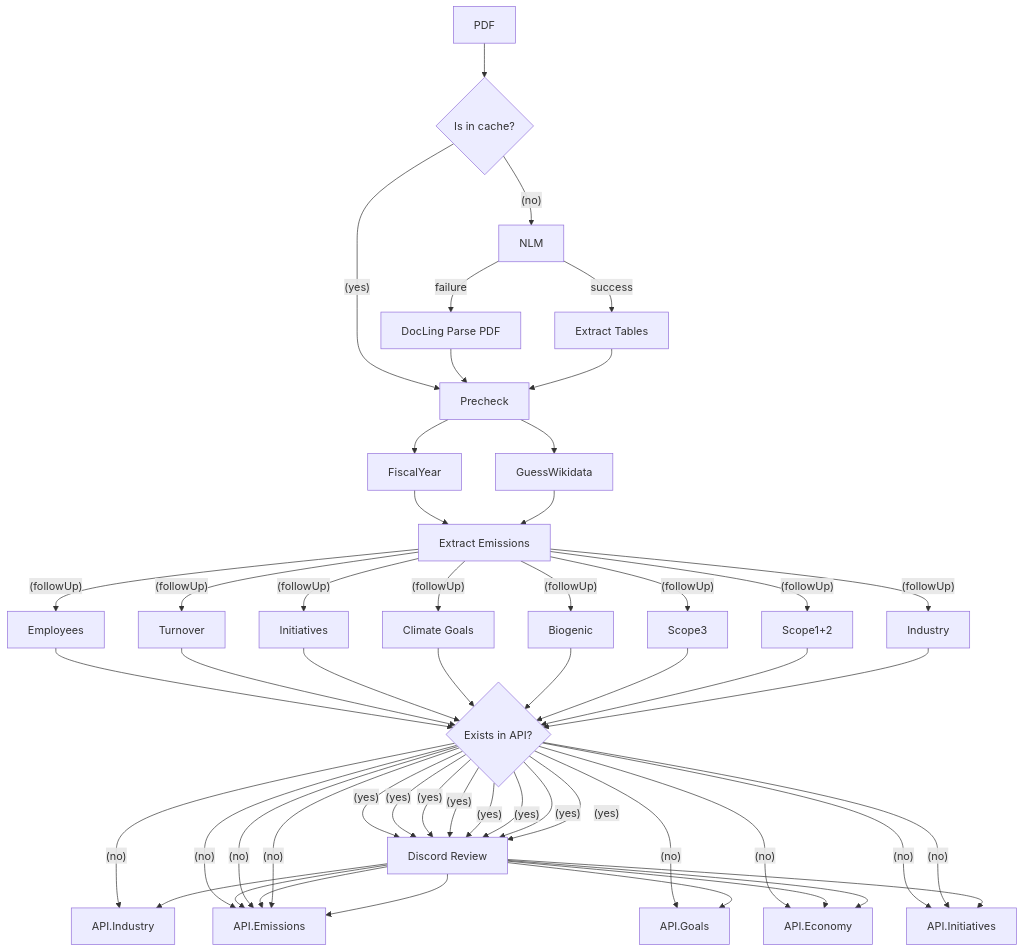
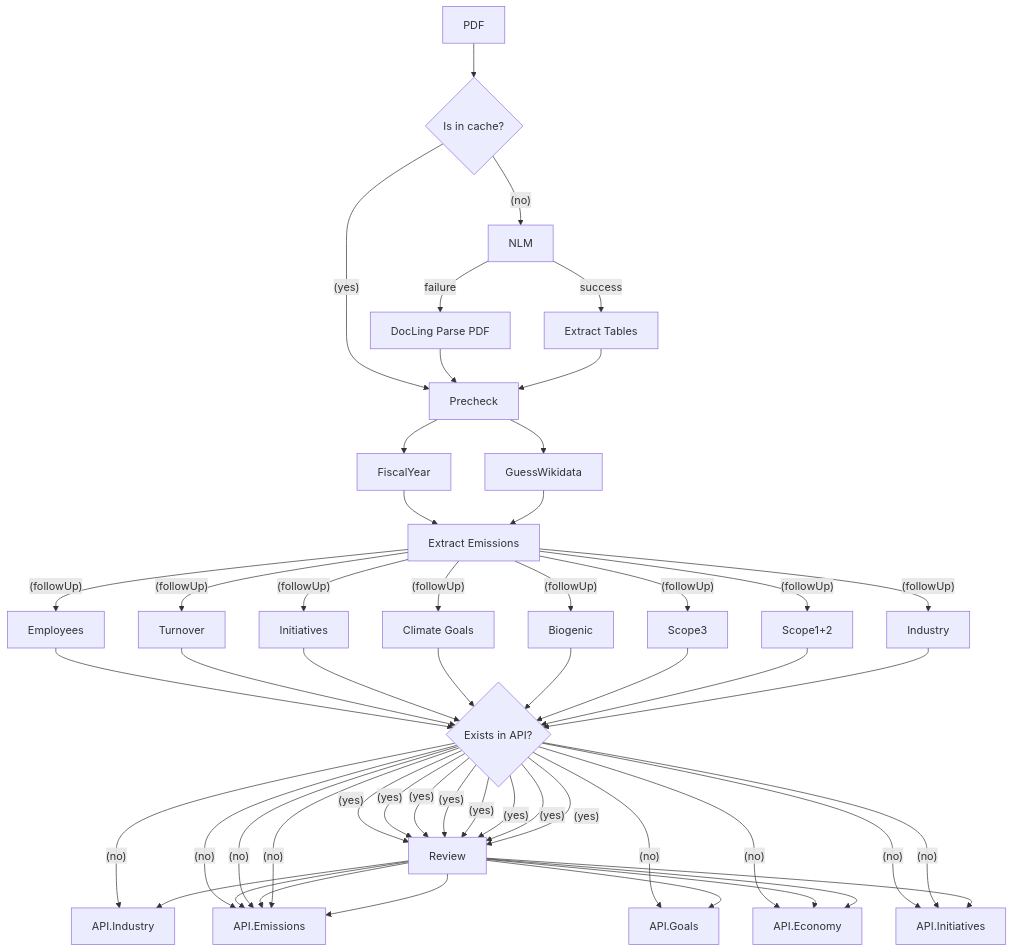
Before and after one commit to Klimatbyran/garbo: the diagram in README.md, drawn with Mermaid. The commit also changed other lines of this file, not shown here.

Commit message:
strip readme of discord

````diff
--- a/README.md
+++ b/README.md
@@ -21,41 +21,40 @@
 ```mermaid
 flowchart TB
 
     PDF[PDF]
     Cache{Is in cache?}
     DocLing[DocLing Parse PDF]
     Tables[Extract Tables]
     Emissions[Extract Emissions]
 
     Industry[Industry]
     Goals[Climate Goals]
-    Review[Discord Review]
 
     Precheck --> GuessWikidata --> Emissions
     Precheck --> FiscalYear --> Emissions
 
     PDF --> Cache --(no)--> NLM
     NLM --success--> Tables --> Precheck
     NLM --failure--> DocLing --> Precheck
 
     Cache --(yes)--> Precheck
 
     CheckDB{Exists in API?}
 
     Emissions --(followUp)--> Industry --> CheckDB --(yes)--> Review --> API.Industry
                                            CheckDB --(no)--> API.Industry
     Emissions --(followUp)--> Scope1+2 --> CheckDB --(yes)--> Review --> API.Emissions
                                            CheckDB --(no)--> API.Emissions
     Emissions --(followUp)--> Scope3 --> CheckDB --(yes)--> Review --> API.Emissions
                                            CheckDB --(no)--> API.Emissions
     Emissions --(followUp)--> Biogenic --> CheckDB --(yes)--> Review --> API.Emissions
                                            CheckDB --(no)--> API.Emissions
     Emissions --(followUp)--> Goals --> CheckDB --(yes)--> Review --> API.Goals
                                            CheckDB --(no)--> API.Goals
     Emissions --(followUp)--> Initiatives --> CheckDB --(yes)--> Review --> API.Initiatives
                                            CheckDB --(no)--> API.Initiatives
     Emissions --(followUp)--> Turnover --> CheckDB --(yes)--> Review --> API.Economy
                                            CheckDB --(no)--> API.Initiatives
     Emissions --(followUp)--> Employees --> CheckDB --(yes)--> Review --> API.Economy
                                            CheckDB --(no)--> API.Economy
 ```
````
